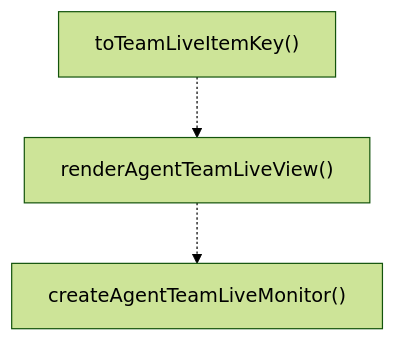
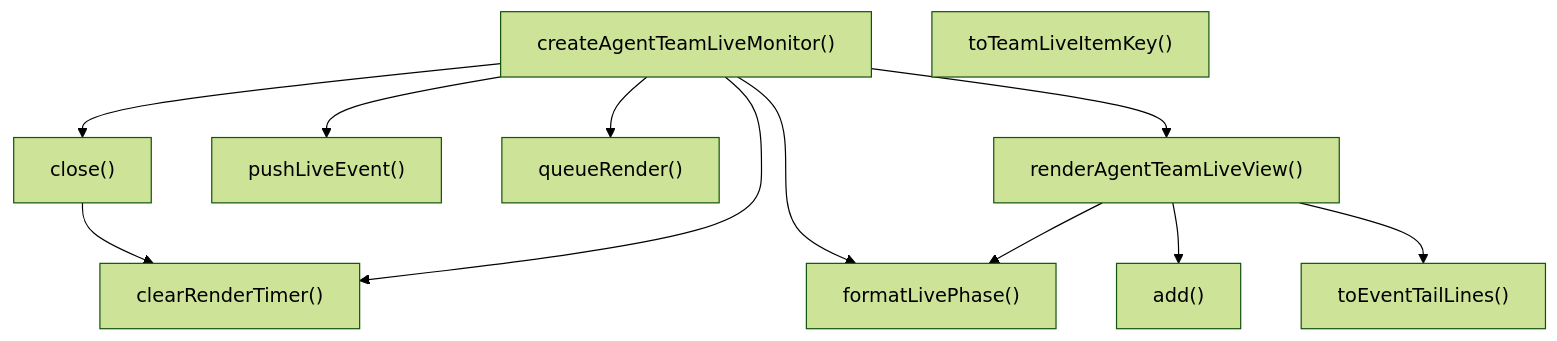
Before and after one commit to Mekann2904/mekann: the second of 3 diagrams in ABDD/.pi/extensions/agent-teams/live-monitor.md, drawn with Mermaid (forest theme). The commit also changed other lines of this file and 277 other files, not shown here.

````diff
--- a/ABDD/.pi/extensions/agent-teams/live-monitor.md
+++ b/ABDD/.pi/extensions/agent-teams/live-monitor.md
@@ -60,8 +60,23 @@
 ```mermaid
 flowchart TD
+  add["add()"]
+  clearRenderTimer["clearRenderTimer()"]
+  close["close()"]
+  createAgentTeamLiveMonitor["createAgentTeamLiveMonitor()"]
+  formatLivePhase["formatLivePhase()"]
+  pushLiveEvent["pushLiveEvent()"]
+  queueRender["queueRender()"]
+  renderAgentTeamLiveView["renderAgentTeamLiveView()"]
+  toEventTailLines["toEventTailLines()"]
   toTeamLiveItemKey["toTeamLiveItemKey()"]
-  renderAgentTeamLiveView["renderAgentTeamLiveView()"]
-  createAgentTeamLiveMonitor["createAgentTeamLiveMonitor()"]
-  toTeamLiveItemKey -.-> renderAgentTeamLiveView
-  renderAgentTeamLiveView -.-> createAgentTeamLiveMonitor
+  close --> clearRenderTimer
+  createAgentTeamLiveMonitor --> clearRenderTimer
+  createAgentTeamLiveMonitor --> close
+  createAgentTeamLiveMonitor --> formatLivePhase
+  createAgentTeamLiveMonitor --> pushLiveEvent
+  createAgentTeamLiveMonitor --> queueRender
+  createAgentTeamLiveMonitor --> renderAgentTeamLiveView
+  renderAgentTeamLiveView --> add
+  renderAgentTeamLiveView --> formatLivePhase
+  renderAgentTeamLiveView --> toEventTailLines
 ```
````
